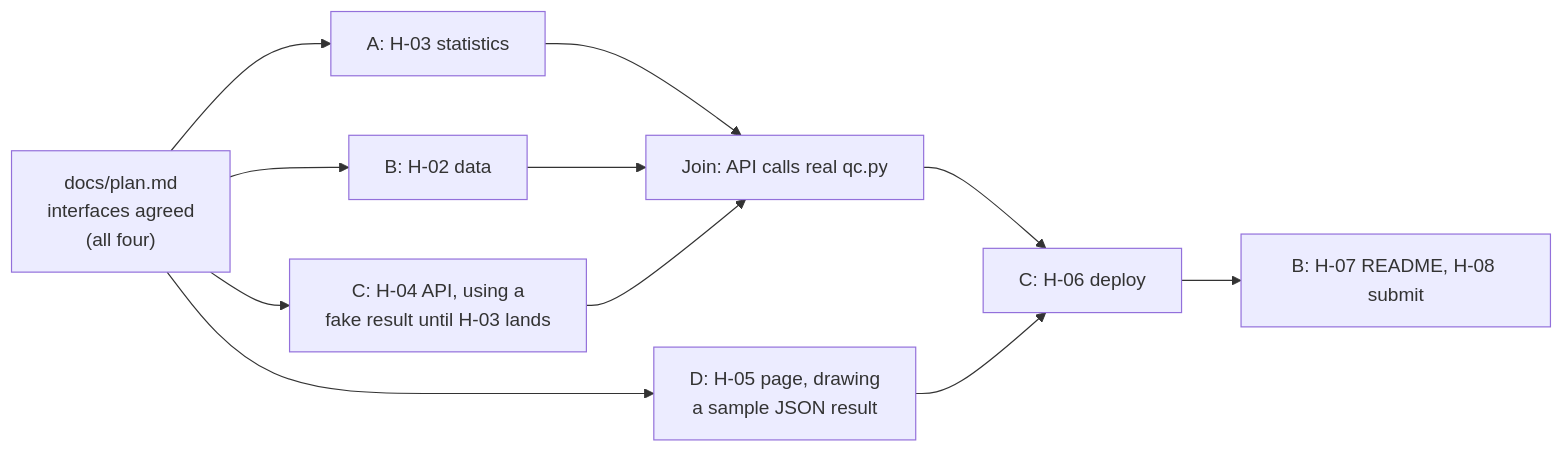
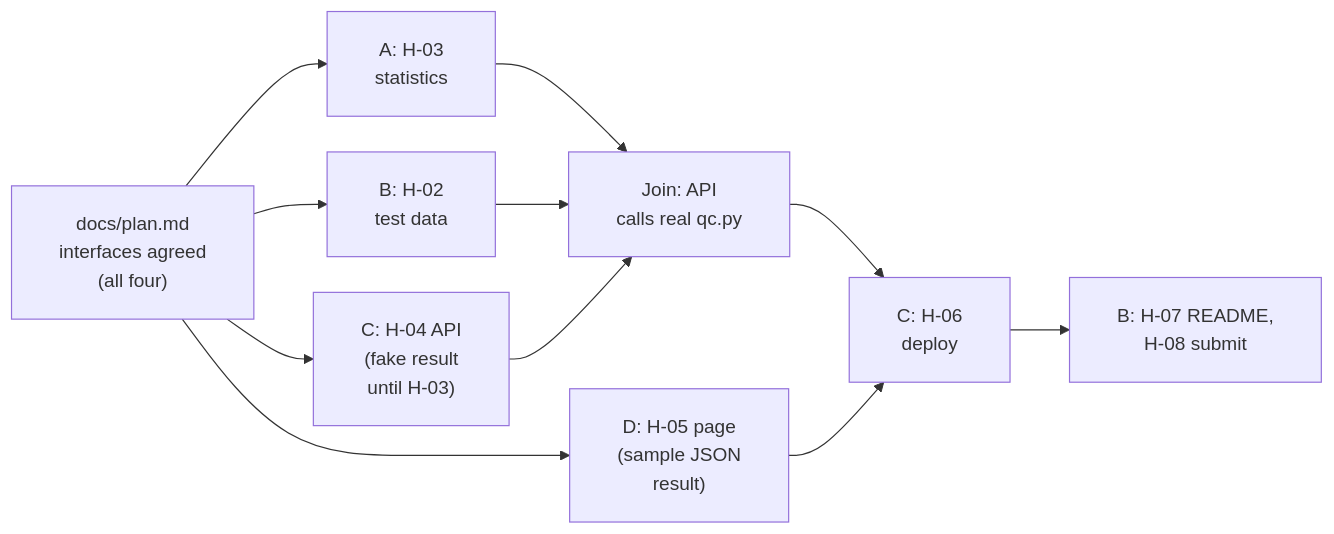
One commit to zaurbabayev222/team-sigma changed the fifth of 5 diagrams in docs/architecture.md. Above: the diagram before and after it, drawn with Mermaid. The commit also changed other lines of this file, not shown here.

Commit message:
docs/architecture.md: shorter labels so text fits the diagram blocks

````diff
--- a/docs/architecture.md
+++ b/docs/architecture.md
@@ -135,13 +145,14 @@
 ```mermaid
+%%{init: {"flowchart": {"padding": 20, "nodeSpacing": 30, "rankSpacing": 50}}}%%
 flowchart LR
-    P["docs/plan.md<br/>interfaces agreed<br/>(all four)"] --> A["A: H-03 statistics"]
-    P --> B["B: H-02 data"]
-    P --> C["C: H-04 API, using a<br/>fake result until H-03 lands"]
-    P --> D["D: H-05 page, drawing<br/>a sample JSON result"]
-    A --> I["Join: API calls real qc.py"]
+    P["docs/plan.md<br>interfaces agreed<br>(all four)"] --> A["A: H-03<br>statistics"]
+    P --> B["B: H-02<br>test data"]
+    P --> C["C: H-04 API<br>(fake result<br>until H-03)"]
+    P --> D["D: H-05 page<br>(sample JSON<br>result)"]
+    A --> I["Join: API<br>calls real qc.py"]
     B --> I
     C --> I
-    I --> R["C: H-06 deploy"]
+    I --> R["C: H-06<br>deploy"]
     D --> R
-    R --> W["B: H-07 README, H-08 submit"]
+    R --> W["B: H-07 README,<br>H-08 submit"]
 ```
````
